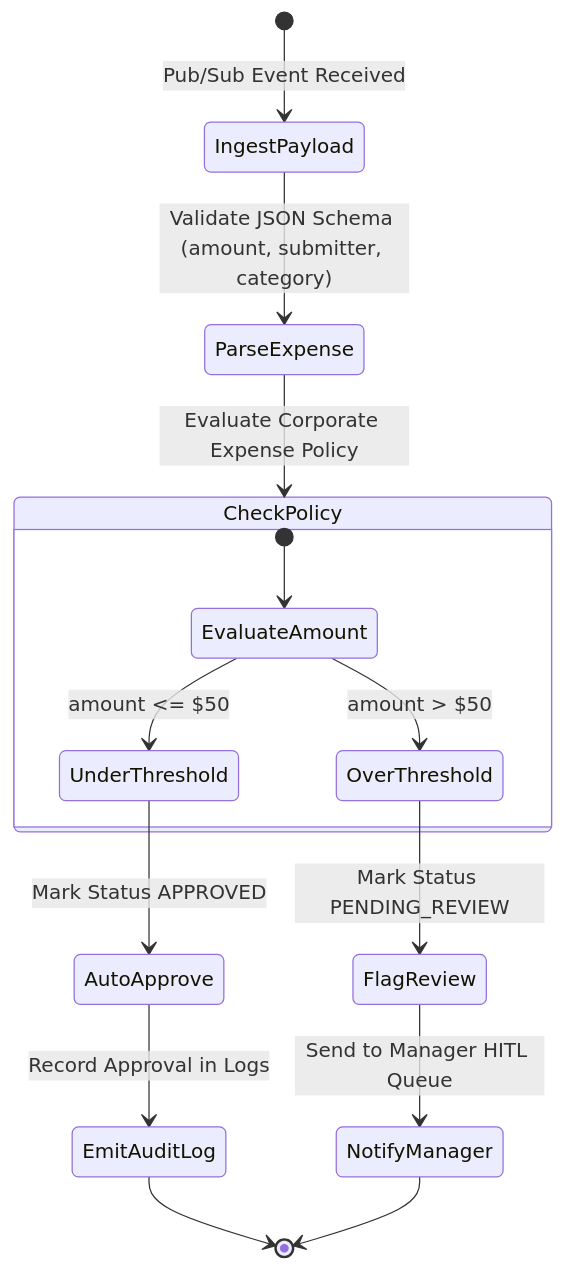
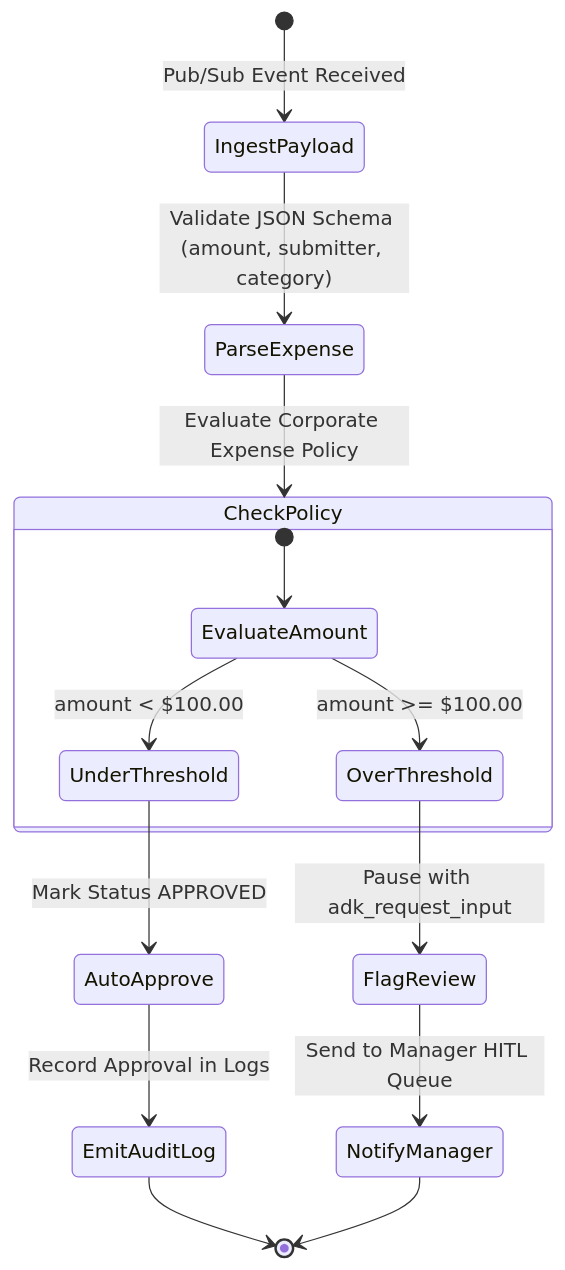
One commit to rsurya-ux/expense-claim-and-approval-agent changed the second of 2 diagrams in ARCHITECTURE.md. Above: the diagram before and after it, drawn with Mermaid. The commit also changed other lines of this file and 48 other files, not shown here.

````diff
--- a/ARCHITECTURE.md
+++ b/ARCHITECTURE.md
@@ -58,21 +58,21 @@
 ```mermaid
 stateDiagram-v2
     [*] --> IngestPayload: Pub/Sub Event Received
     IngestPayload --> ParseExpense: Validate JSON Schema (amount, submitter, category)
     ParseExpense --> CheckPolicy: Evaluate Corporate Expense Policy
 
     state CheckPolicy {
         [*] --> EvaluateAmount
-        EvaluateAmount --> UnderThreshold: amount <= $50
-        EvaluateAmount --> OverThreshold: amount > $50
+        EvaluateAmount --> UnderThreshold: amount < $100.00
+        EvaluateAmount --> OverThreshold: amount >= $100.00
     }
 
     UnderThreshold --> AutoApprove: Mark Status APPROVED
-    OverThreshold --> FlagReview: Mark Status PENDING_REVIEW
+    OverThreshold --> FlagReview: Pause with adk_request_input
 
     AutoApprove --> EmitAuditLog: Record Approval in Logs
     FlagReview --> NotifyManager: Send to Manager HITL Queue
 
     EmitAuditLog --> [*]
     NotifyManager --> [*]
 ```
````
